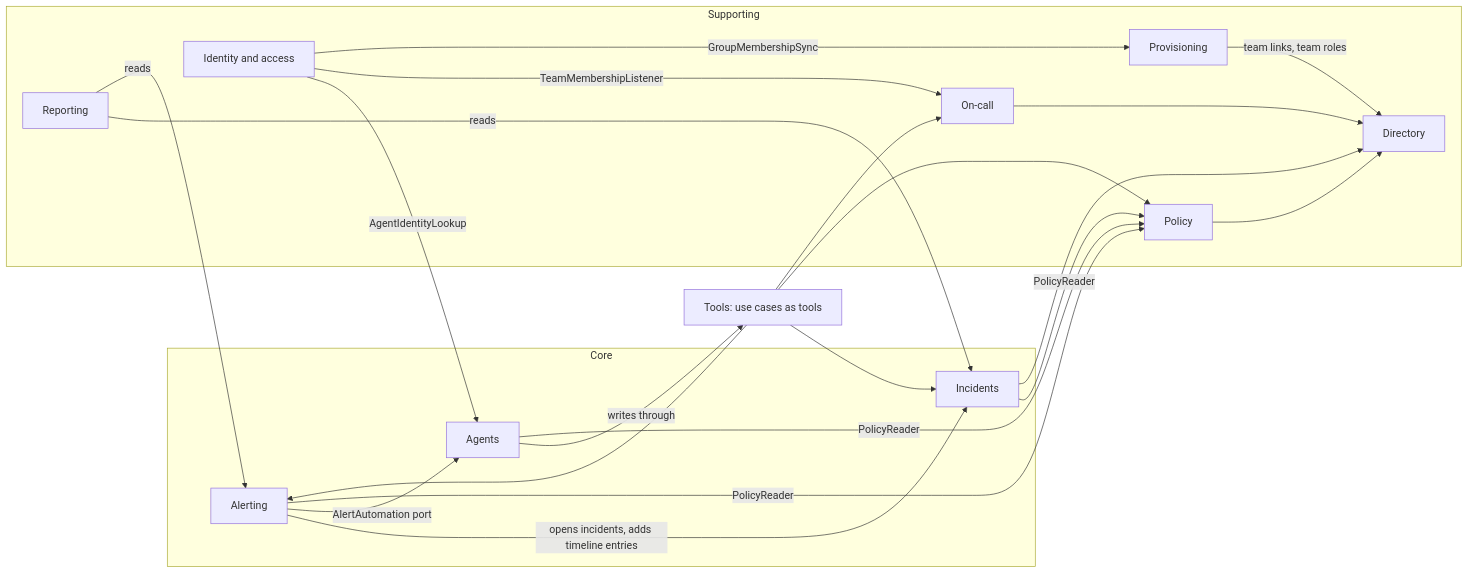
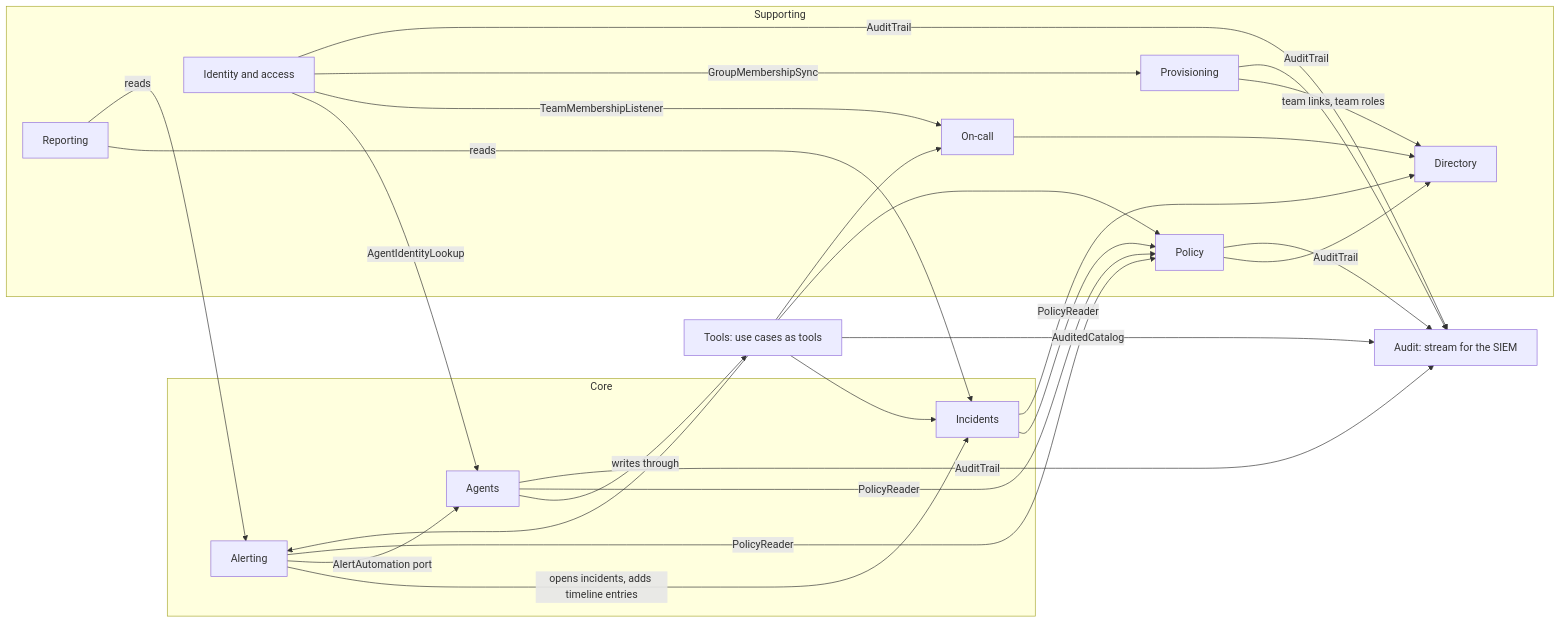
One commit to gigabrain-ideas/mayday changed the first of 5 diagrams in docs/architecture.md. Above: the diagram before and after it, drawn with Mermaid. The commit also changed other lines of this file and 55 other files, not shown here.

````diff
--- a/docs/architecture.md
+++ b/docs/architecture.md
@@ -21,37 +21,43 @@
 ```mermaid
 flowchart LR
   subgraph Core
     INC[Incidents]
     ALR[Alerting]
     AGT[Agents]
   end
   subgraph Supporting
     POL[Policy]
     IDN[Identity and access]
     DIR[Directory]
     ONC[On-call]
     PRV[Provisioning]
     REP[Reporting]
   end
   TOOLS[Tools: use cases as tools]
+  AUD[Audit: stream for the SIEM]
 
   ALR -- opens incidents, adds timeline entries --> INC
   ALR -- AlertAutomation port --> AGT
   AGT -- writes through --> TOOLS
   TOOLS --> INC
   TOOLS --> ALR
   TOOLS --> POL
   INC -- PolicyReader --> POL
   ALR -- PolicyReader --> POL
   AGT -- PolicyReader --> POL
   IDN -- AgentIdentityLookup --> AGT
   POL --> DIR
   INC --> DIR
   REP -- reads --> INC
   REP -- reads --> ALR
   ONC --> DIR
   IDN -- TeamMembershipListener --> ONC
   IDN -- GroupMembershipSync --> PRV
   PRV -- team links, team roles --> DIR
   TOOLS --> ONC
+  IDN -- AuditTrail --> AUD
+  POL -- AuditTrail --> AUD
+  AGT -- AuditTrail --> AUD
+  PRV -- AuditTrail --> AUD
+  TOOLS -- AuditedCatalog --> AUD
 ```
````
